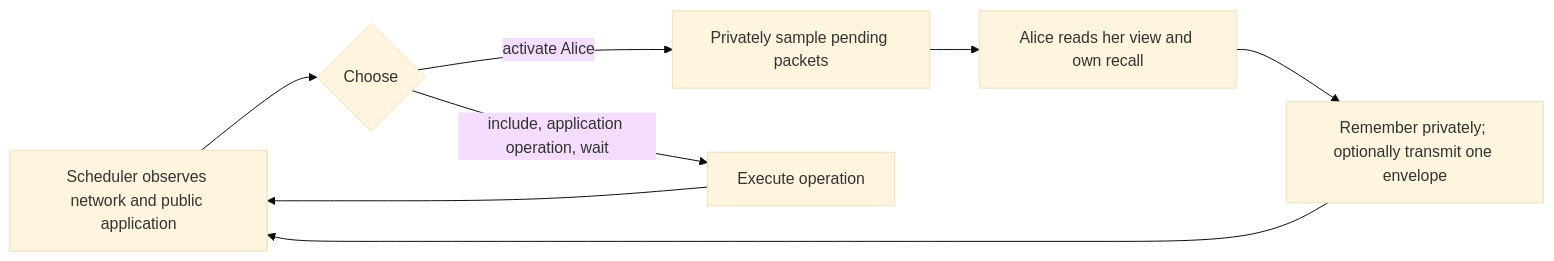
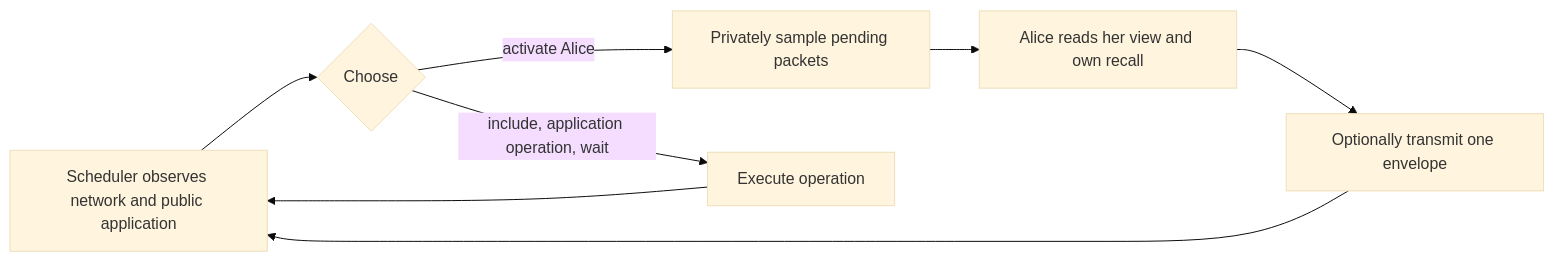
The diagram in docs/network-and-compilation.md (elazarg/VegasCore), drawn with Mermaid (base theme) before and after one commit. The commit also changed other lines of this file and 67 other files, not shown here.

````diff
--- a/docs/network-and-compilation.md
+++ b/docs/network-and-compilation.md
@@ -21,10 +23,10 @@
 ```mermaid
 flowchart LR
   N["Scheduler observes network and public application"] --> C{"Choose"}
   C -->|activate Alice| L["Privately sample pending packets"]
   L --> A["Alice reads her view and own recall"]
-  A --> R["Remember privately; optionally transmit one envelope"]
+  A --> R["Optionally transmit one envelope"]
   R --> N
   C -->|include, application operation, wait| E["Execute operation"]
   E --> N
 ```
````
